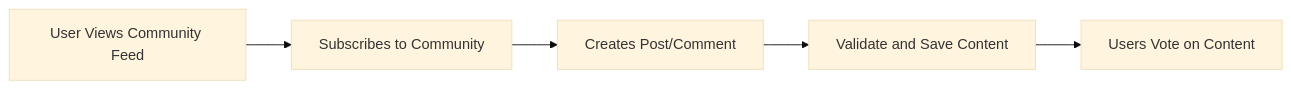
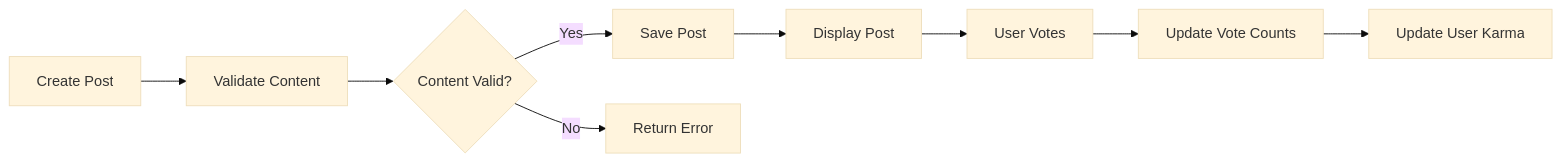
Before and after one commit to wrtnlabs/autobe-examples: the second of 2 diagrams in openai/gpt-4.1-mini/reddit/docs/analysis/00-toc.md, drawn with Mermaid (base theme). The commit also changed other lines of this file and 22498 other files, not shown here.

````diff
--- a/openai/gpt-4.1-mini/reddit/docs/analysis/00-toc.md
+++ b/openai/gpt-4.1-mini/reddit/docs/analysis/00-toc.md
@@ -123,7 +151,11 @@
 ```mermaid
 graph LR
-  G["User Views Community Feed"] --> H["Subscribes to Community"]
-  H --> I["Creates Post/Comment"]
-  I --> J["Validate and Save Content"]
-  J --> K["Users Vote on Content"]
+  A["Create Post"] --> B["Validate Content"]
+  B --> C{"Content Valid?"}
+  C -->|"Yes"| D["Save Post"]
+  C -->|"No"| E["Return Error"]
+  D --> F["Display Post"]
+  F --> G["User Votes"]
+  G --> H["Update Vote Counts"]
+  H --> I["Update User Karma"]
 ```
````
